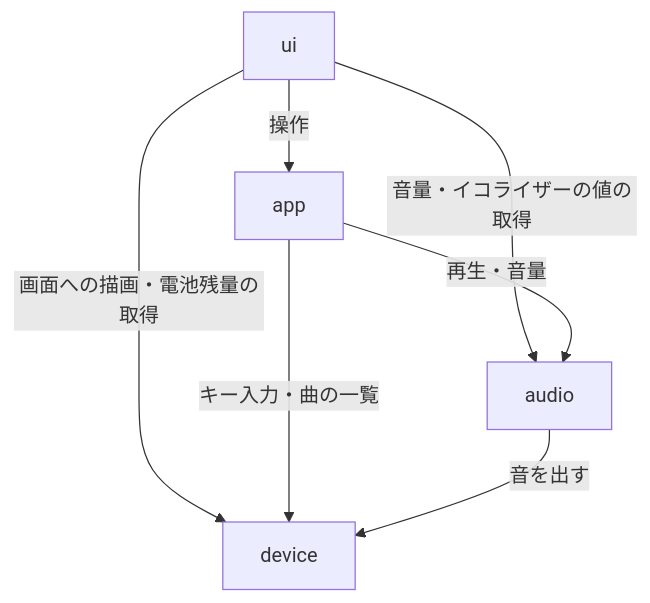
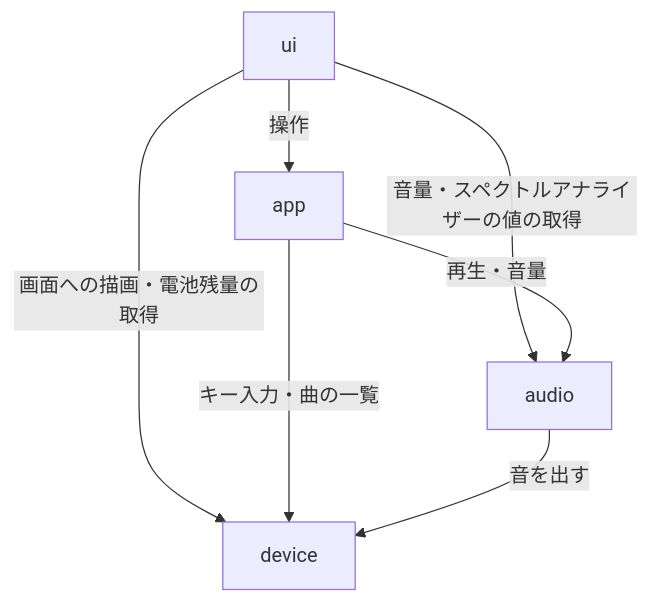
Before and after one commit to stonedev-app/pocket-deck: the diagram in docs/architecture/overview.md, drawn with Mermaid. The commit also changed other lines of this file and 14 other files, not shown here.

````diff
--- a/docs/architecture/overview.md
+++ b/docs/architecture/overview.md
@@ -19,9 +19,9 @@
 ```mermaid
 flowchart TB
     ui -->|操作| app
-    ui -->|音量・イコライザーの値の取得| audio
+    ui -->|音量・スペクトルアナライザーの値の取得| audio
     ui -->|画面への描画・電池残量の取得| device
     app -->|再生・音量| audio
     app -->|キー入力・曲の一覧| device
     audio -->|音を出す| device
 ```
````
